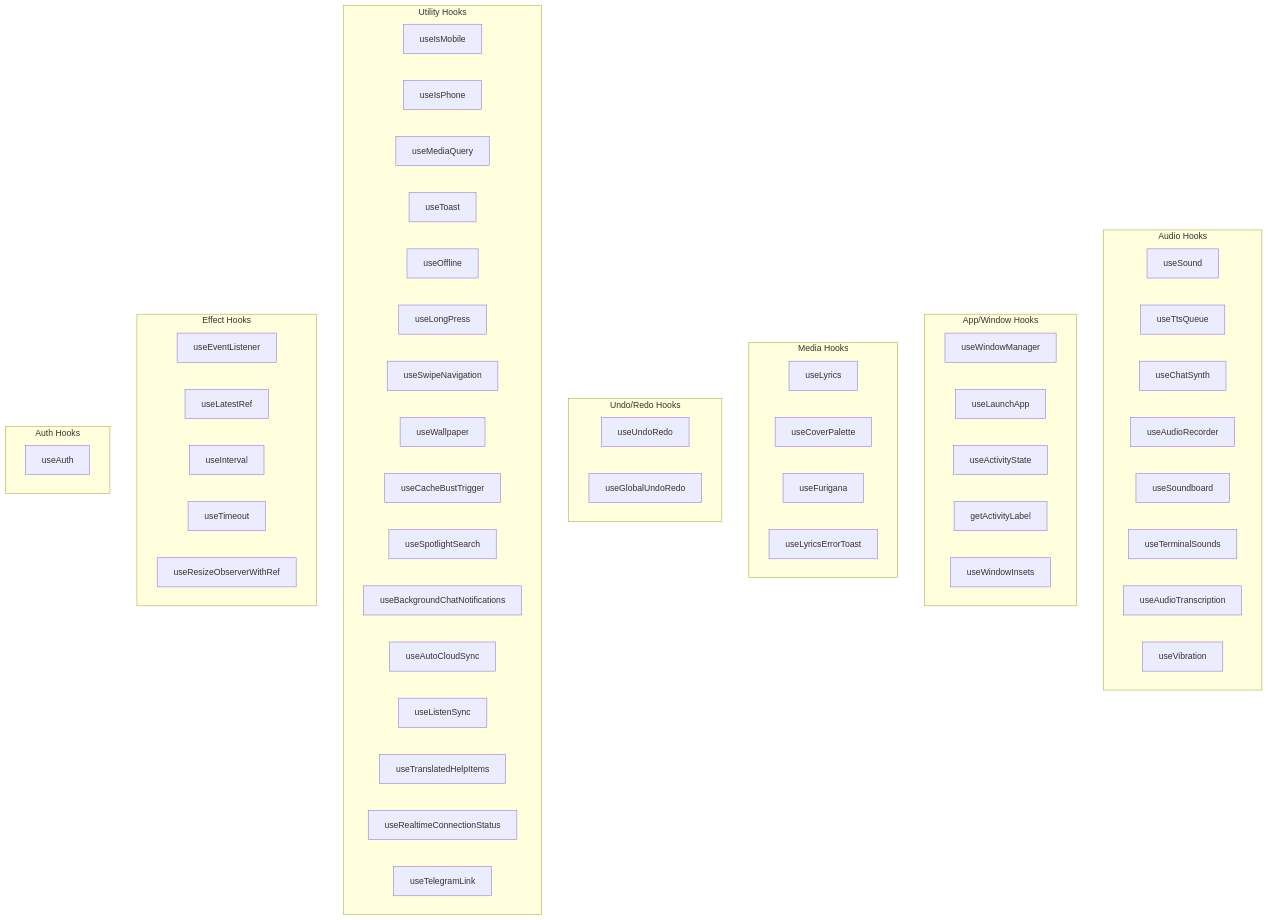
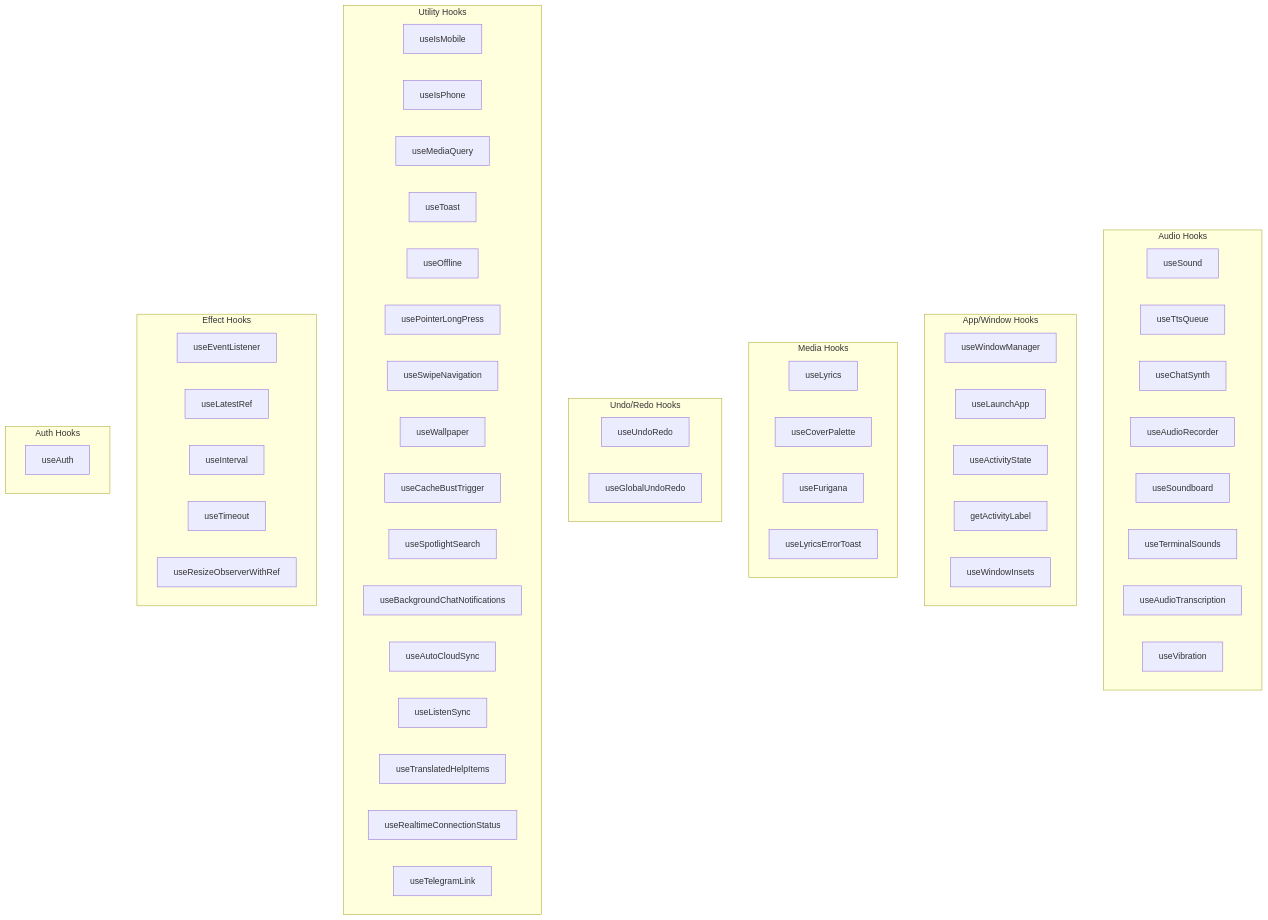
Before and after one commit to ryokun6/ryos: the first of 2 diagrams in docs/3.4-hooks-architecture.md, drawn with Mermaid. The commit also changed other lines of this file and 41 other files, not shown here.

````diff
--- a/docs/3.4-hooks-architecture.md
+++ b/docs/3.4-hooks-architecture.md
@@ -7,64 +7,64 @@
 ```mermaid
 graph TB
     subgraph Audio["Audio Hooks"]
         US[useSound]
         UTT[useTtsQueue]
         UCS[useChatSynth]
         UAR[useAudioRecorder]
         USB[useSoundboard]
         UTS[useTerminalSounds]
         UAT[useAudioTranscription]
         UV[useVibration]
     end
     
     subgraph Window["App/Window Hooks"]
         UWM[useWindowManager]
         ULA[useLaunchApp]
         UAS[useActivityState]
         UAL[getActivityLabel]
         UWI[useWindowInsets]
     end
     
     subgraph Media["Media Hooks"]
         UL[useLyrics]
         UCP[useCoverPalette]
         UF[useFurigana]
         ULE[useLyricsErrorToast]
     end
     
     subgraph UndoRedo["Undo/Redo Hooks"]
         UUR[useUndoRedo]
         UGUR[useGlobalUndoRedo]
     end
     
     subgraph Utility["Utility Hooks"]
         UIM[useIsMobile]
         UIP[useIsPhone]
         UMQ[useMediaQuery]
         UT[useToast]
         UO[useOffline]
-        ULP[useLongPress]
+        UPLP[usePointerLongPress]
         USN[useSwipeNavigation]
         UW[useWallpaper]
         UCB[useCacheBustTrigger]
         USS[useSpotlightSearch]
         UBN[useBackgroundChatNotifications]
         UAC[useAutoCloudSync]
         ULS[useListenSync]
         UTH[useTranslatedHelpItems]
         URCS[useRealtimeConnectionStatus]
         UTL[useTelegramLink]
     end
     
     subgraph Effect["Effect Hooks"]
         UEL[useEventListener]
         ULR[useLatestRef]
         UIT[useInterval]
         UTO[useTimeout]
         URO[useResizeObserverWithRef]
     end
     
     subgraph Auth["Auth Hooks"]
         UA[useAuth]
     end
 ```
````
